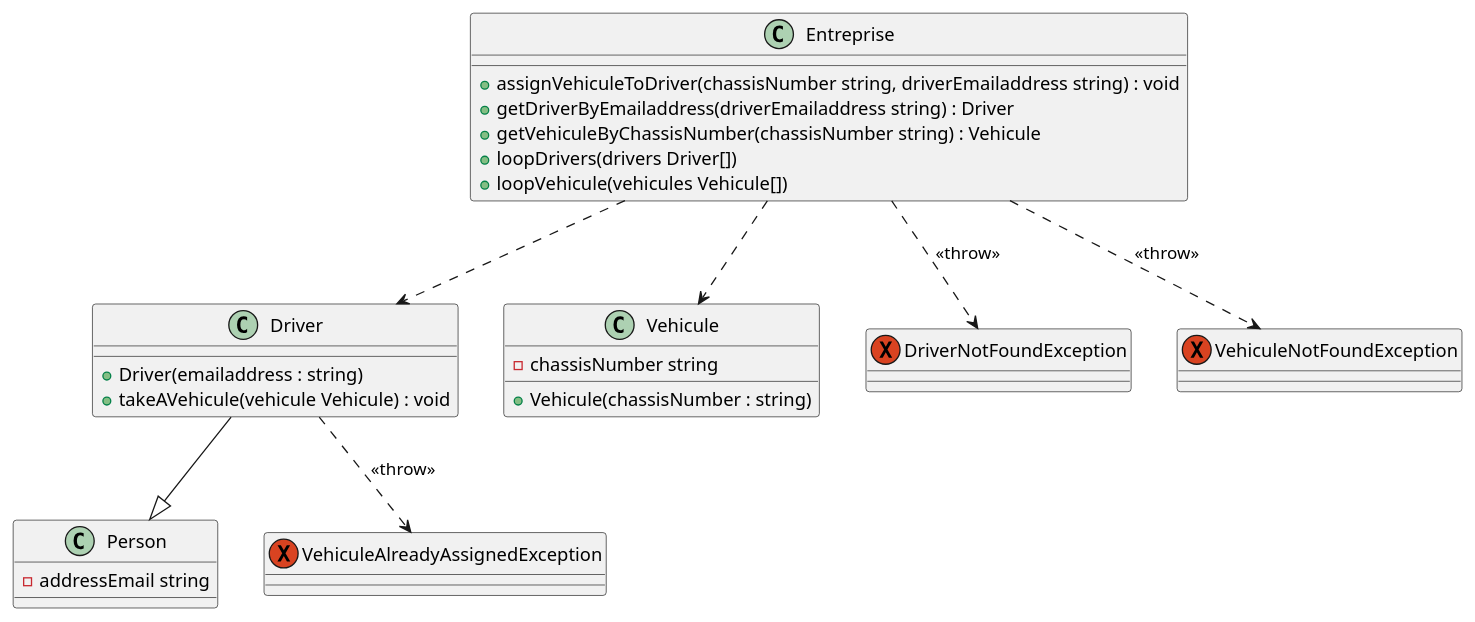
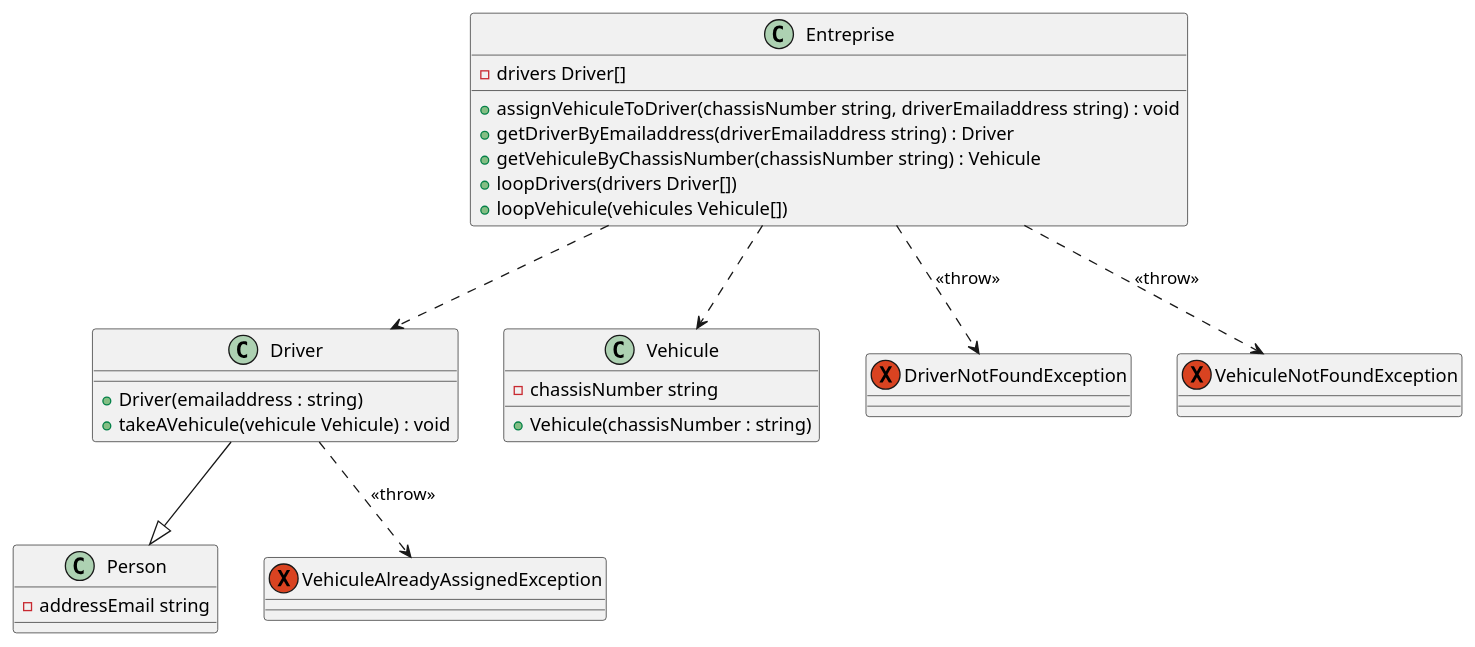
Before and after one commit to NathanChauveau/SequenceToCode: the diagram in docs/diagramClass.wsd, drawn with PlantUML.

Commit message:
doc: add a attribute to Entreprise

```diff
--- a/docs/diagramClass.wsd
+++ b/docs/diagramClass.wsd
@@ -1,32 +1,33 @@
 @startuml
 class Entreprise
 class Driver
 class Person
 class Vehicule
 exception DriverNotFoundException 
 exception VehiculeNotFoundException
 exception VehiculeAlreadyAssignedException
 
+Entreprise : - drivers Driver[]
 Entreprise : +assignVehiculeToDriver(chassisNumber string, driverEmailaddress string) : void
 Entreprise : +getDriverByEmailaddress(driverEmailaddress string) : Driver
 Entreprise : +getVehiculeByChassisNumber(chassisNumber string) : Vehicule
 Entreprise : +loopDrivers(drivers Driver[])
 Entreprise : +loopVehicule(vehicules Vehicule[])
 
 Driver : +Driver(emailaddress : string) 
 Driver : +takeAVehicule(vehicule Vehicule) : void
 
 Person : - addressEmail string
 
 Vehicule : +Vehicule(chassisNumber : string)
 Vehicule : - chassisNumber string 
 
 
 Entreprise ..> Driver
 Entreprise ..> Vehicule
 Driver --|> Person
 Entreprise ..> DriverNotFoundException : << throw >>
 Entreprise ..> VehiculeNotFoundException : << throw >>
 Driver ..> VehiculeAlreadyAssignedException : << throw >>
 
 @enduml
```
